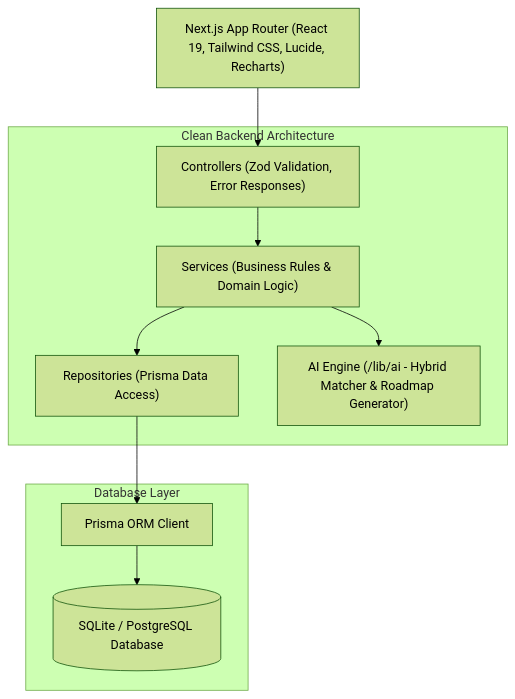
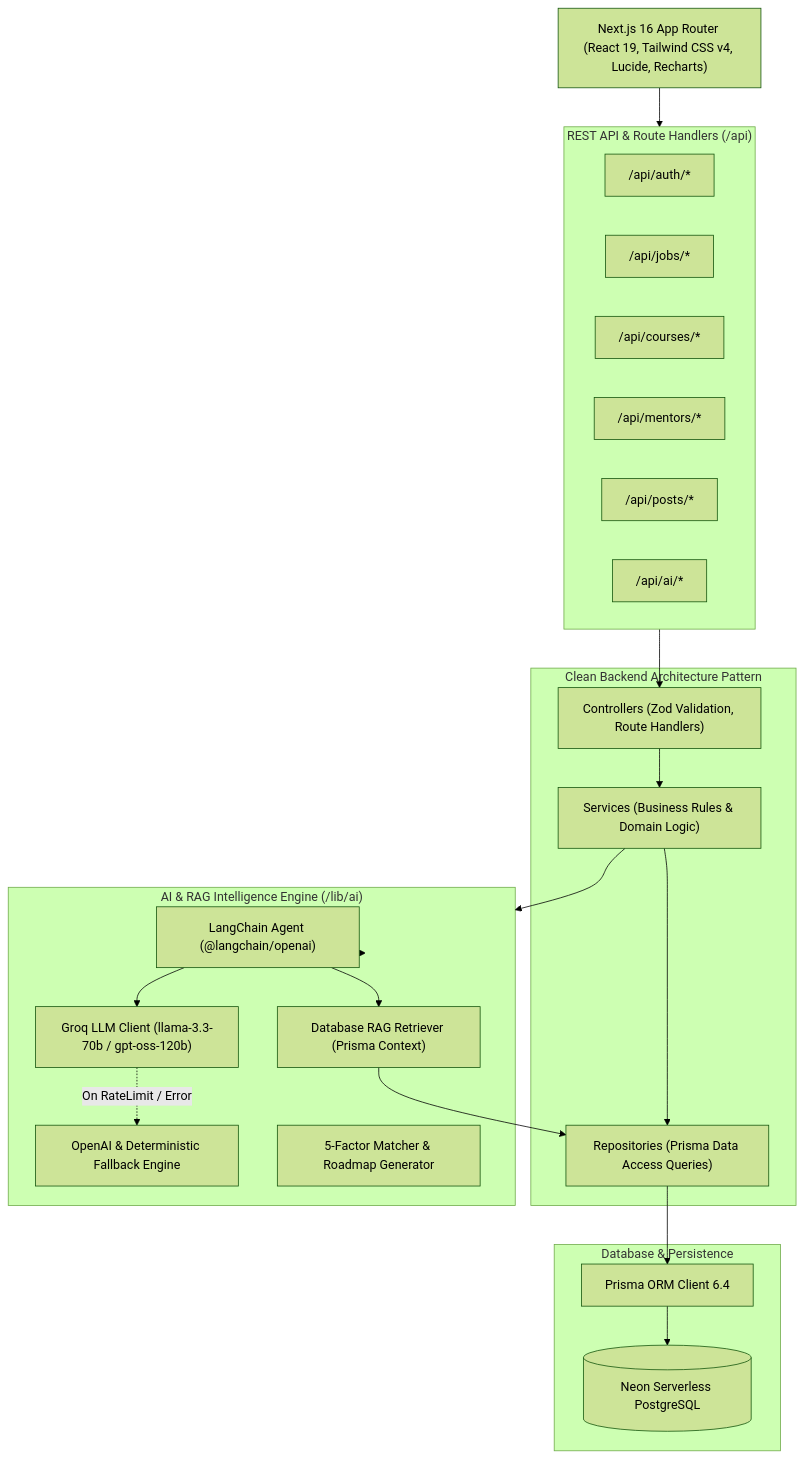
Before and after one commit to tharuntej123/growearn: the diagram in README.md, drawn with Mermaid (forest theme). The commit also changed other lines of this file, not shown here.

Commit message:
docs: comprehensive README update with full tech stack, AI architecture, modules, and CI/CD guide

````diff
--- a/README.md
+++ b/README.md
@@ -75,19 +83,45 @@
 ```mermaid
 graph TD
-    Client["Next.js App Router (React 19, Tailwind CSS, Lucide, Recharts)"]
-    
-    subgraph Backend_Layer ["Clean Backend Architecture"]
-        Controllers["Controllers (Zod Validation, Error Responses)"]
-        Services["Services (Business Rules & Domain Logic)"]
-        Repositories["Repositories (Prisma Data Access)"]
-        AIEngine["AI Engine (/lib/ai - Hybrid Matcher & Roadmap Generator)"]
+    Client["Next.js 16 App Router (React 19, Tailwind CSS v4, Lucide, Recharts)"]
+
+    subgraph API_Layer ["REST API & Route Handlers (/api)"]
+        AuthAPI["/api/auth/*"]
+        JobAPI["/api/jobs/*"]
+        CourseAPI["/api/courses/*"]
+        MentorAPI["/api/mentors/*"]
+        PostAPI["/api/posts/*"]
+        AIAPI["/api/ai/*"]
     end
 
-    subgraph Data_Layer ["Database Layer"]
-        Prisma["Prisma ORM Client"]
-        Database[("SQLite / PostgreSQL Database")]
+    subgraph Core_Backend ["Clean Backend Architecture Pattern"]
+        Controllers["Controllers (Zod Validation, Route Handlers)"]
+        Services["Services (Business Rules & Domain Logic)"]
+        Repositories["Repositories (Prisma Data Access Queries)"]
     end
 
-    Client --> Controllers --> Services --> Repositories --> Prisma --> Database
-    Services --> AIEngine
+    subgraph AI_Subsystem ["AI & RAG Intelligence Engine (/lib/ai)"]
+        LangChainAgent["LangChain Agent (@langchain/openai)"]
+        RAGRetriever["Database RAG Retriever (Prisma Context)"]
+        GroqClient["Groq LLM Client (llama-3.3-70b / gpt-oss-120b)"]
+        AIFallback["OpenAI & Deterministic Fallback Engine"]
+        HybridMatcher["5-Factor Matcher & Roadmap Generator"]
+    end
+
+    subgraph Database_Layer ["Database & Persistence"]
+        PrismaClient["Prisma ORM Client 6.4"]
+        PostgresDB[("Neon Serverless PostgreSQL")]
+    end
+
+    Client --> API_Layer
+    API_Layer --> Controllers
+    Controllers --> Services
+    Services --> Repositories
+    Services --> AI_Subsystem
+    AI_Subsystem --> LangChainAgent
+    LangChainAgent --> RAGRetriever
+    LangChainAgent --> GroqClient
+    GroqClient -.->|On RateLimit / Error| AIFallback
+    RAGRetriever --> Repositories
+    Repositories --> PrismaClient
+    PrismaClient --> PostgresDB
 ```
````
